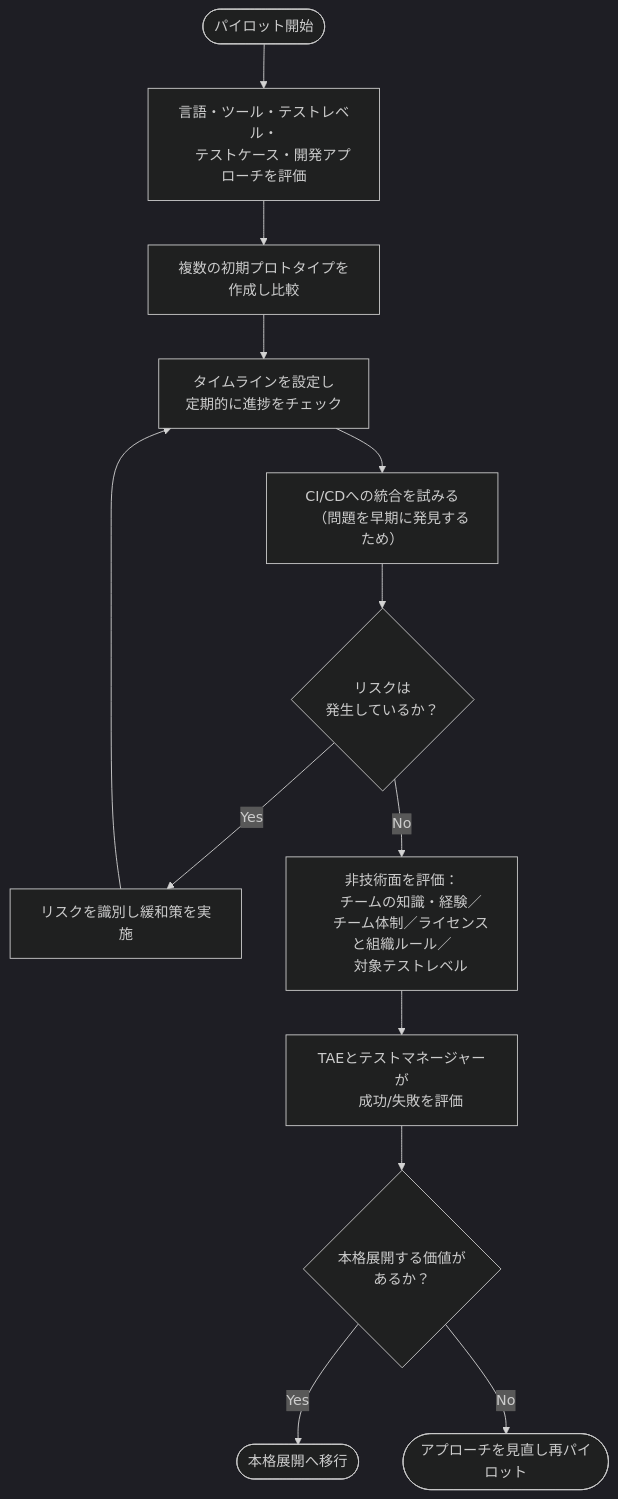
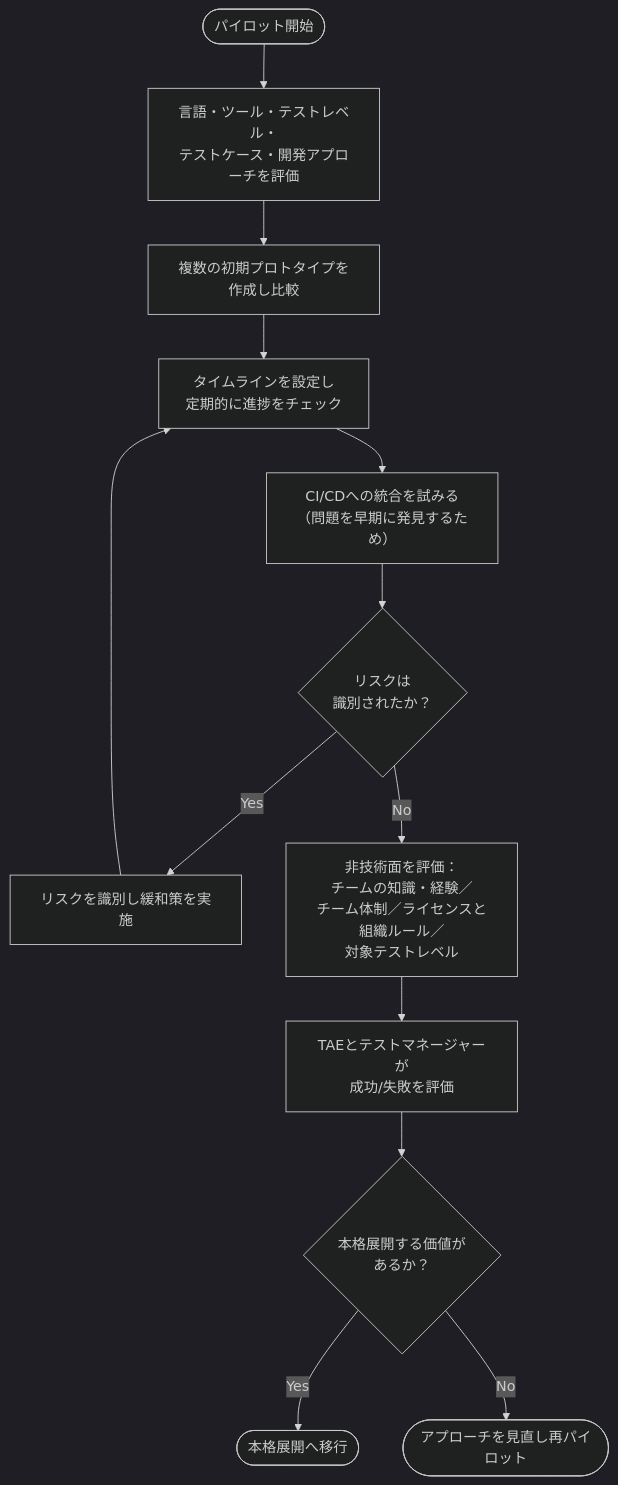
Before and after one commit to myoshi2891/Quality-Assurance-Studies: the second of 6 diagrams in Ctal-tae-v2.0-ch4-implementing-test-automation.md, drawn with Mermaid (dark theme). The commit also changed other lines of this file and 1 other file, not shown here.

Commit message:
docs(ctal-tae): 第3章規格参照の更新および第4章Mermaid構文とリポジトリ管理記述の改善

````diff
--- a/Ctal-tae-v2.0-ch4-implementing-test-automation.md
+++ b/Ctal-tae-v2.0-ch4-implementing-test-automation.md
@@ -100,24 +91,15 @@
 ```mermaid
 flowchart TD
-    START(["パイロット開始"]) --> PLAN["言語・ツール・テストレベル・
-    テストケース・開発アプローチを評価"]
+    START(["パイロット開始"]) --> PLAN["言語・ツール・テストレベル・<br/>テストケース・開発アプローチを評価"]
     PLAN --> PROTO["複数の初期プロトタイプを作成し比較"]
-    PROTO --> TIMELINE["タイムラインを設定し
-    定期的に進捗をチェック"]
-    TIMELINE --> CICD["CI/CDへの統合を試みる
-    （問題を早期に発見するため）"]
-    CICD --> RISKCHECK{"リスクは
-    発生しているか？"}
+    PROTO --> TIMELINE["タイムラインを設定し<br/>定期的に進捗をチェック"]
+    TIMELINE --> CICD["CI/CDへの統合を試みる<br/>（問題を早期に発見するため）"]
+    CICD --> RISKCHECK{"リスクは<br/>識別されたか？"}
     RISKCHECK -->|Yes| MITIGATE["リスクを識別し緩和策を実施"]
     MITIGATE --> TIMELINE
-    RISKCHECK -->|No| NONTECH["非技術面を評価：
-    チームの知識・経験／
-    チーム体制／ライセンスと組織ルール／
-    対象テストレベル"]
-    NONTECH --> EVAL["TAEとテストマネージャーが
-    成功/失敗を評価"]
-    EVAL --> DECISION{"本格展開する価値が
-    あるか？"}
+    RISKCHECK -->|No| NONTECH["非技術面を評価：<br/>チームの知識・経験／<br/>チーム体制／ライセンスと組織ルール／<br/>対象テストレベル"]
+    NONTECH --> EVAL["TAEとテストマネージャーが<br/>成功/失敗を評価"]
+    EVAL --> DECISION{"本格展開する価値が<br/>あるか？"}
     DECISION -->|Yes| SCALE(["本格展開へ移行"])
     DECISION -->|No| REVISE(["アプローチを見直し再パイロット"])
 ```
````
